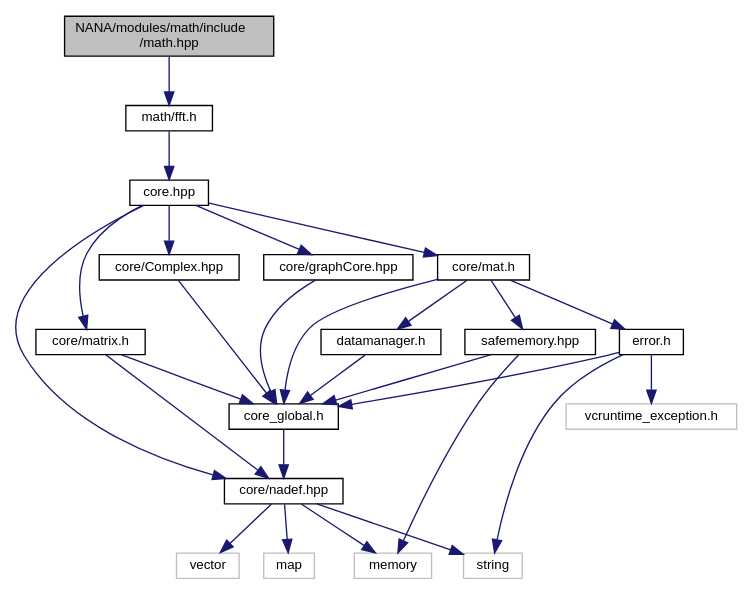
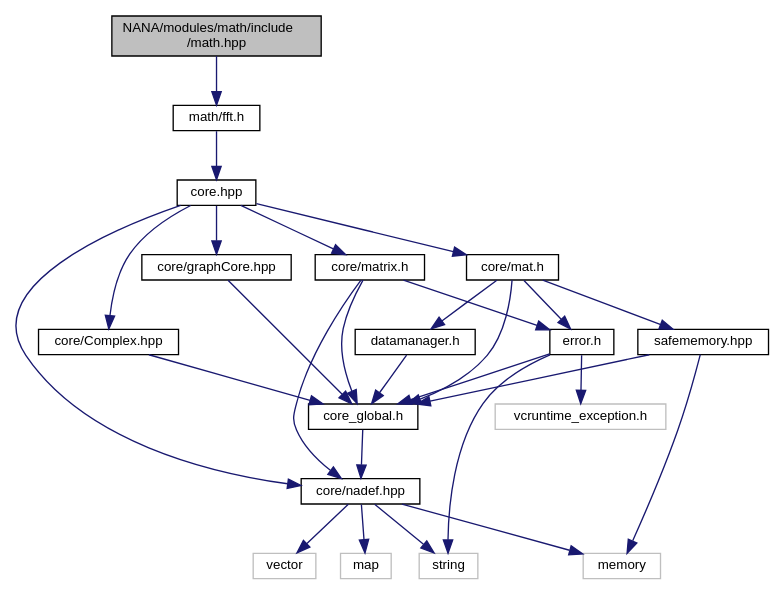
Before and after one commit to YuruTu/NANA: the diagram in docs/math_8hpp__incl.dot, drawn with Graphviz. The commit also changed 99 other files, not shown here.

```diff
--- a/docs/math_8hpp__incl.dot
+++ b/docs/math_8hpp__incl.dot
@@ -1,49 +1,50 @@
 digraph "NANA/modules/math/include/math.hpp"
 {
  // LATEX_PDF_SIZE
   edge [fontname="Helvetica",fontsize="10",labelfontname="Helvetica",labelfontsize="10"];
   node [fontname="Helvetica",fontsize="10",shape=record];
   Node1 [label="NANA/modules/math/include\l/math.hpp",height=0.2,width=0.4,color="black", fillcolor="grey75", style="filled", fontcolor="black",tooltip="实现基本的数学运算"];
   Node1 -> Node2 [color="midnightblue",fontsize="10",style="solid",fontname="Helvetica"];
   Node2 [label="math/fft.h",height=0.2,width=0.4,color="black", fillcolor="white", style="filled",URL="$fft_8h_source.html",tooltip=" "];
   Node2 -> Node3 [color="midnightblue",fontsize="10",style="solid",fontname="Helvetica"];
   Node3 [label="core.hpp",height=0.2,width=0.4,color="black", fillcolor="white", style="filled",URL="$core_8hpp.html",tooltip="包含基本的数据结构等"];
   Node3 -> Node4 [color="midnightblue",fontsize="10",style="solid",fontname="Helvetica"];
   Node4 [label="core/nadef.hpp",height=0.2,width=0.4,color="black", fillcolor="white", style="filled",URL="$nadef_8hpp_source.html",tooltip=" "];
   Node4 -> Node5 [color="midnightblue",fontsize="10",style="solid",fontname="Helvetica"];
   Node5 [label="vector",height=0.2,width=0.4,color="grey75", fillcolor="white", style="filled",tooltip=" "];
   Node4 -> Node6 [color="midnightblue",fontsize="10",style="solid",fontname="Helvetica"];
   Node6 [label="string",height=0.2,width=0.4,color="grey75", fillcolor="white", style="filled",tooltip=" "];
   Node4 -> Node7 [color="midnightblue",fontsize="10",style="solid",fontname="Helvetica"];
   Node7 [label="map",height=0.2,width=0.4,color="grey75", fillcolor="white", style="filled",tooltip=" "];
   Node4 -> Node8 [color="midnightblue",fontsize="10",style="solid",fontname="Helvetica"];
   Node8 [label="memory",height=0.2,width=0.4,color="grey75", fillcolor="white", style="filled",tooltip=" "];
   Node3 -> Node9 [color="midnightblue",fontsize="10",style="solid",fontname="Helvetica"];
   Node9 [label="core/Complex.hpp",height=0.2,width=0.4,color="black", fillcolor="white", style="filled",URL="$_complex_8hpp.html",tooltip="实现复数"];
   Node9 -> Node10 [color="midnightblue",fontsize="10",style="solid",fontname="Helvetica"];
   Node10 [label="core_global.h",height=0.2,width=0.4,color="black", fillcolor="white", style="filled",URL="$core__global_8h.html",tooltip="全局头文件"];
   Node10 -> Node4 [color="midnightblue",fontsize="10",style="solid",fontname="Helvetica"];
   Node3 -> Node11 [color="midnightblue",fontsize="10",style="solid",fontname="Helvetica"];
   Node11 [label="core/graphCore.hpp",height=0.2,width=0.4,color="black", fillcolor="white", style="filled",URL="$graph_core_8hpp.html",tooltip="为图论算法实现的基本数据结构"];
   Node11 -> Node10 [color="midnightblue",fontsize="10",style="solid",fontname="Helvetica"];
   Node3 -> Node12 [color="midnightblue",fontsize="10",style="solid",fontname="Helvetica"];
   Node12 [label="core/matrix.h",height=0.2,width=0.4,color="black", fillcolor="white", style="filled",URL="$matrix_8h.html",tooltip="简单矩阵类(效率不高，但易于理解，很多时候会触发复制构造函数)，不同于Mat"];
   Node12 -> Node10 [color="midnightblue",fontsize="10",style="solid",fontname="Helvetica"];
-  Node12 -> Node4 [color="midnightblue",fontsize="10",style="solid",fontname="Helvetica"];
-  Node3 -> Node13 [color="midnightblue",fontsize="10",style="solid",fontname="Helvetica"];
-  Node13 [label="core/mat.h",height=0.2,width=0.4,color="black", fillcolor="white", style="filled",URL="$mat_8h.html",tooltip="实现一个用于矩阵运算的模板类(仍在实现当中)"];
+  Node12 -> Node13 [color="midnightblue",fontsize="10",style="solid",fontname="Helvetica"];
+  Node13 [label="error.h",height=0.2,width=0.4,color="black", fillcolor="white", style="filled",URL="$error_8h.html",tooltip="用于抛出异常"];
   Node13 -> Node10 [color="midnightblue",fontsize="10",style="solid",fontname="Helvetica"];
   Node13 -> Node14 [color="midnightblue",fontsize="10",style="solid",fontname="Helvetica"];
-  Node14 [label="error.h",height=0.2,width=0.4,color="black", fillcolor="white", style="filled",URL="$error_8h.html",tooltip="用于抛出异常"];
-  Node14 -> Node10 [color="midnightblue",fontsize="10",style="solid",fontname="Helvetica"];
-  Node14 -> Node15 [color="midnightblue",fontsize="10",style="solid",fontname="Helvetica"];
-  Node15 [label="vcruntime_exception.h",height=0.2,width=0.4,color="grey75", fillcolor="white", style="filled",tooltip=" "];
-  Node14 -> Node6 [color="midnightblue",fontsize="10",style="solid",fontname="Helvetica"];
-  Node13 -> Node16 [color="midnightblue",fontsize="10",style="solid",fontname="Helvetica"];
+  Node14 [label="vcruntime_exception.h",height=0.2,width=0.4,color="grey75", fillcolor="white", style="filled",tooltip=" "];
+  Node13 -> Node6 [color="midnightblue",fontsize="10",style="solid",fontname="Helvetica"];
+  Node12 -> Node4 [color="midnightblue",fontsize="10",style="solid",fontname="Helvetica"];
+  Node3 -> Node15 [color="midnightblue",fontsize="10",style="solid",fontname="Helvetica"];
+  Node15 [label="core/mat.h",height=0.2,width=0.4,color="black", fillcolor="white", style="filled",URL="$mat_8h.html",tooltip="实现一个用于矩阵运算的模板类(仍在实现当中)"];
+  Node15 -> Node10 [color="midnightblue",fontsize="10",style="solid",fontname="Helvetica"];
+  Node15 -> Node13 [color="midnightblue",fontsize="10",style="solid",fontname="Helvetica"];
+  Node15 -> Node16 [color="midnightblue",fontsize="10",style="solid",fontname="Helvetica"];
   Node16 [label="datamanager.h",height=0.2,width=0.4,color="black", fillcolor="white", style="filled",URL="$datamanager_8h.html",tooltip="实现一个数据管理器"];
   Node16 -> Node10 [color="midnightblue",fontsize="10",style="solid",fontname="Helvetica"];
-  Node13 -> Node17 [color="midnightblue",fontsize="10",style="solid",fontname="Helvetica"];
+  Node15 -> Node17 [color="midnightblue",fontsize="10",style="solid",fontname="Helvetica"];
   Node17 [label="safememory.hpp",height=0.2,width=0.4,color="black", fillcolor="white", style="filled",URL="$safememory_8hpp.html",tooltip="实现安全的内存管理"];
   Node17 -> Node10 [color="midnightblue",fontsize="10",style="solid",fontname="Helvetica"];
   Node17 -> Node8 [color="midnightblue",fontsize="10",style="solid",fontname="Helvetica"];
 }
```
